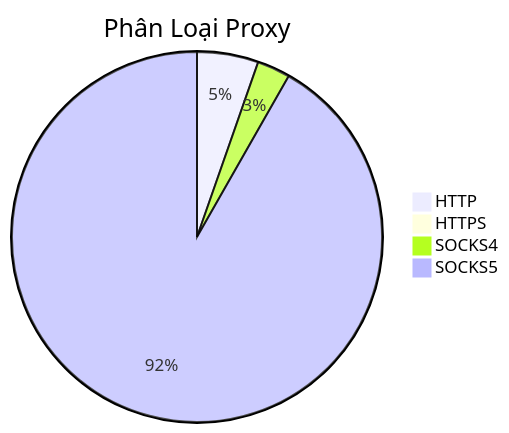
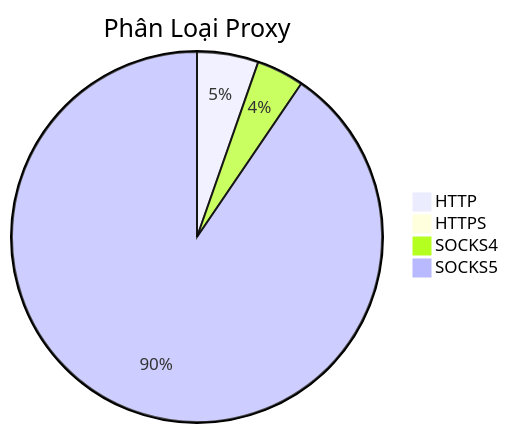
The diagram in README.md (Ciara-Aa/PROXY-free), drawn with Mermaid before and after one commit. The commit also changed other lines of this file and 4 other files, not shown here.

````diff
--- a/README.md
+++ b/README.md
@@ -26,7 +26,7 @@
 ```mermaid
 pie title Phân Loại Proxy
-    "HTTP" : 573
-    "HTTPS" : 1
-    "SOCKS4" : 309
-    "SOCKS5" : 9818
+    "HTTP" : 481
+    "HTTPS" : 2
+    "SOCKS4" : 372
+    "SOCKS5" : 8120
 ```
````
